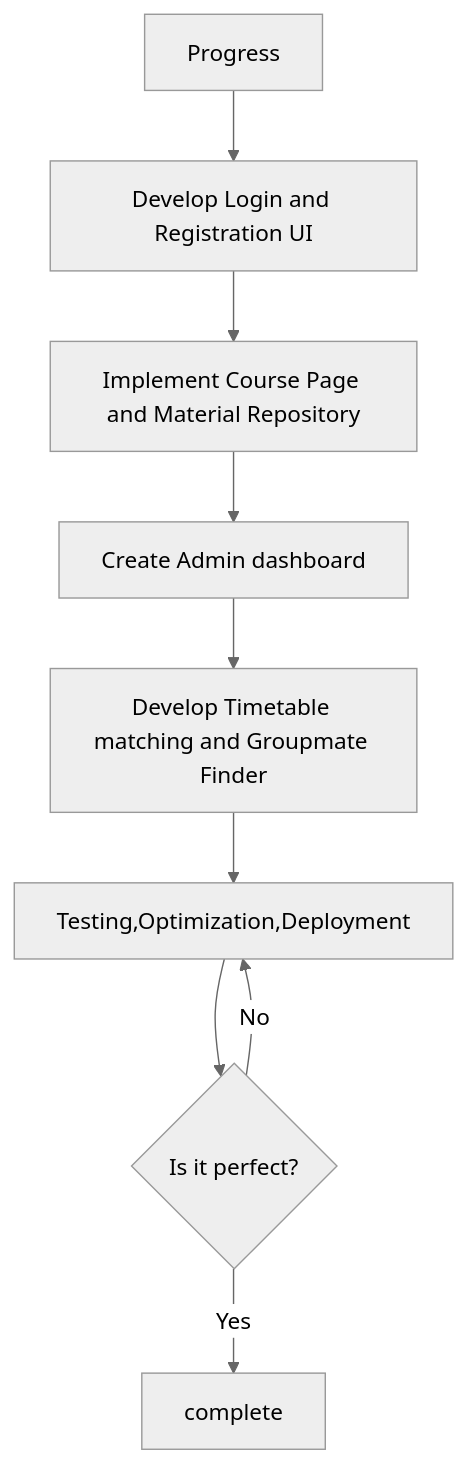
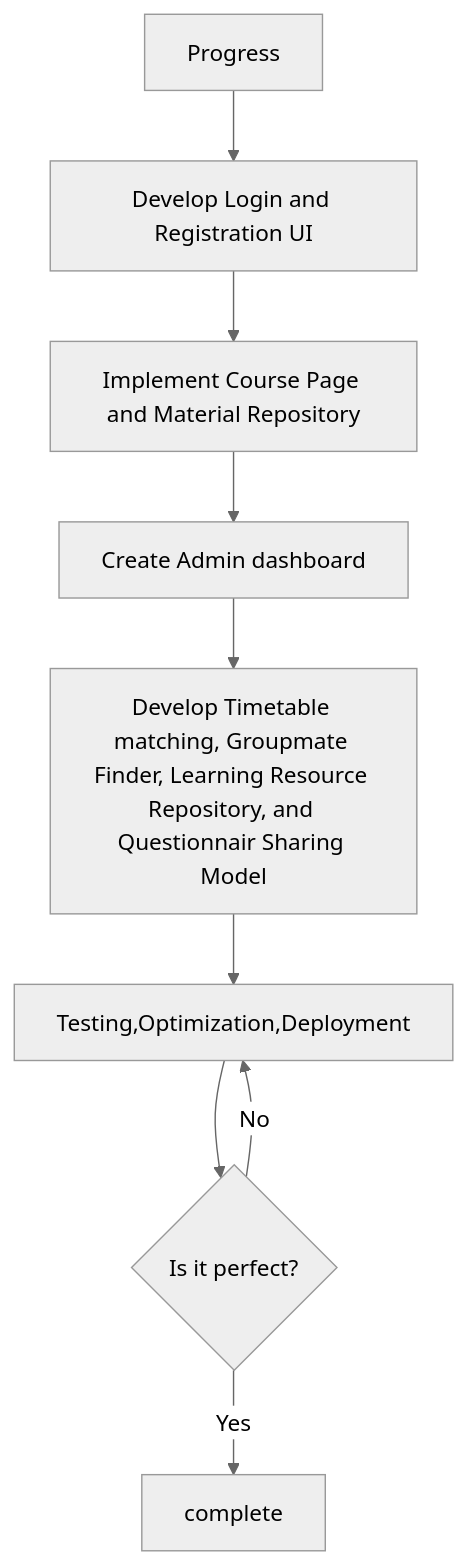
One commit to MyFGitAccount/MARKDOWN_KK changed the third of 3 diagrams in markdown/project-architecture.md. Above: the diagram before and after it, drawn with Mermaid (neutral theme).

Commit message:
Add missing info

````diff
--- a/markdown/project-architecture.md
+++ b/markdown/project-architecture.md
@@ -22,12 +22,12 @@
 ```mermaid
 flowchart TD
     Progress[Progress]-->Dev[Develop Login and Registration UI]
     Dev-->course[Implement Course Page and Material Repository]
     course-->dashb[Create Admin dashboard]
-    dashb-->timetable[Develop Timetable matching and Groupmate Finder]
+    dashb-->timetable[Develop Timetable matching, Groupmate Finder, Learning Resource Repository, and Questionnair Sharing Model]
     timetable-->finish[Testing,Optimization,Deployment]
     testResult{Is it perfect?}
     finish-->testResult
     testResult-->|Yes| complete[complete]
     testResult-->|No| finish
 ```
````
